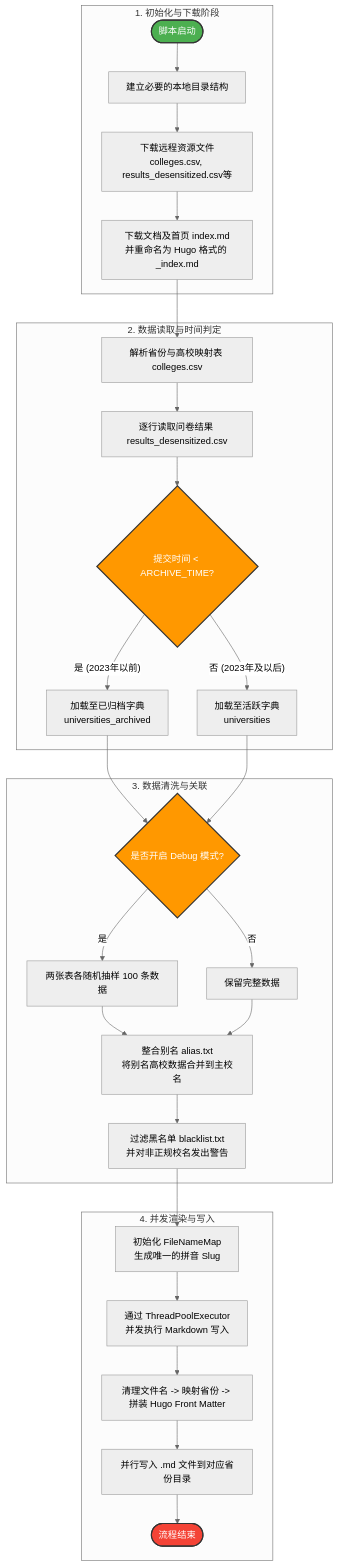
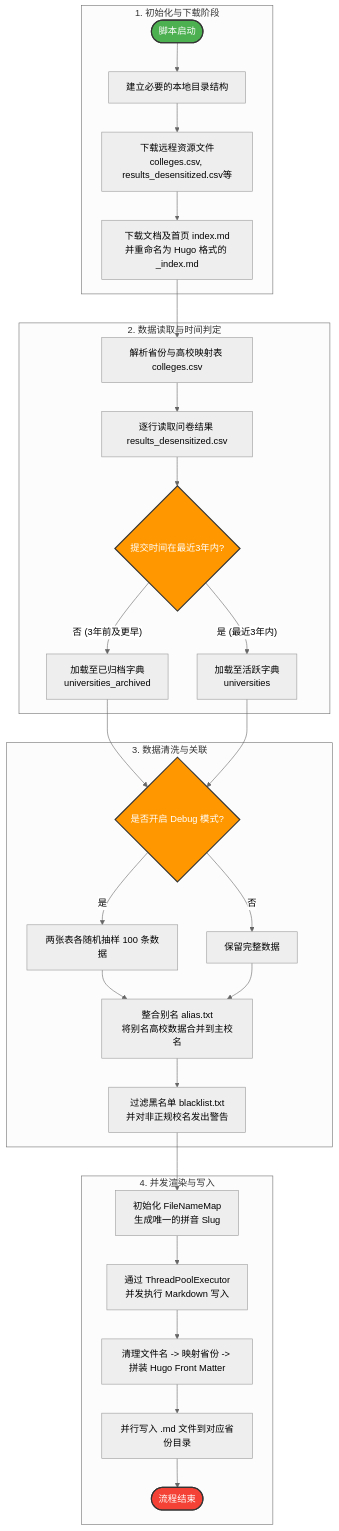
One commit to CollegesChat/website-generator changed the diagram in README.md. Above: the diagram before and after it, drawn with Mermaid (neutral theme). The commit also changed 2 other files, not shown here.

Commit message:
:sparkles: Use rolling 3-year window for archiving

````diff
--- a/README.md
+++ b/README.md
@@ -1,42 +1,42 @@
 ```mermaid
 graph TD
     %% 阶段一：环境初始化与文件下载
     subgraph Phase1 [1. 初始化与下载阶段]
         A([脚本启动]) --> B[建立必要的本地目录结构]
         B --> C[下载远程资源文件<br>colleges.csv, results_desensitized.csv等]
         C --> D[下载文档及首页 index.md<br>并重命名为 Hugo 格式的 _index.md]
     end
 
     %% 阶段二：数据读取与初次归类
     subgraph Phase2 [2. 数据读取与时间判定]
         D --> E[解析省份与高校映射表 colleges.csv]
         E --> F[逐行读取问卷结果 results_desensitized.csv]
-        F --> G{提交时间 < ARCHIVE_TIME?}
-        G -- 是 (2023年以前) --> H[加载至已归档字典<br>universities_archived]
-        G -- 否 (2023年及以后) --> I[加载至活跃字典<br>universities]
+        F --> G{提交时间在最近3年内?}
+        G -- 否 (3年前及更早) --> H[加载至已归档字典<br>universities_archived]
+        G -- 是 (最近3年内) --> I[加载至活跃字典<br>universities]
     end
 
     %% 阶段三：别名整合与黑白名单过滤
     subgraph Phase3 [3. 数据清洗与关联]
         H & I --> J{是否开启 Debug 模式?}
         J -- 是 --> K[两张表各随机抽样 100 条数据]
         J -- 否 --> L[保留完整数据]
         K & L --> M[整合别名 alias.txt<br>将别名高校数据合并到主校名]
         M --> N[过滤黑名单 blacklist.txt<br>并对非正规校名发出警告]
     end
 
     %% 阶段四：多线程渲染 Markdown
     subgraph Phase4 [4. 并发渲染与写入]
         N --> O[初始化 FileNameMap<br>生成唯一的拼音 Slug]
         O --> P[通过 ThreadPoolExecutor<br>并发执行 Markdown 写入]
         P --> Q[清理文件名 -> 映射省份 -> 拼装 Hugo Front Matter]
         Q --> R[并行写入 .md 文件到对应省份目录]
         R --> S([流程结束])
     end
 
     %% 样式调整
     style A fill:#4CAF50,stroke:#333,stroke-width:2px,color:#fff
     style S fill:#F44336,stroke:#333,stroke-width:2px,color:#fff
     style G fill:#FF9800,stroke:#333,stroke-width:2px,color:#fff
     style J fill:#FF9800,stroke:#333,stroke-width:2px,color:#fff
 ```
````
